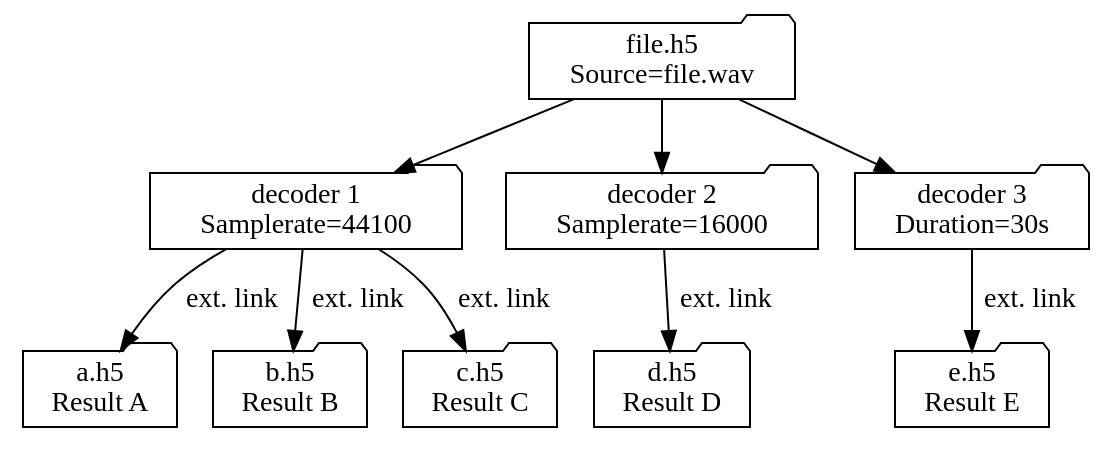
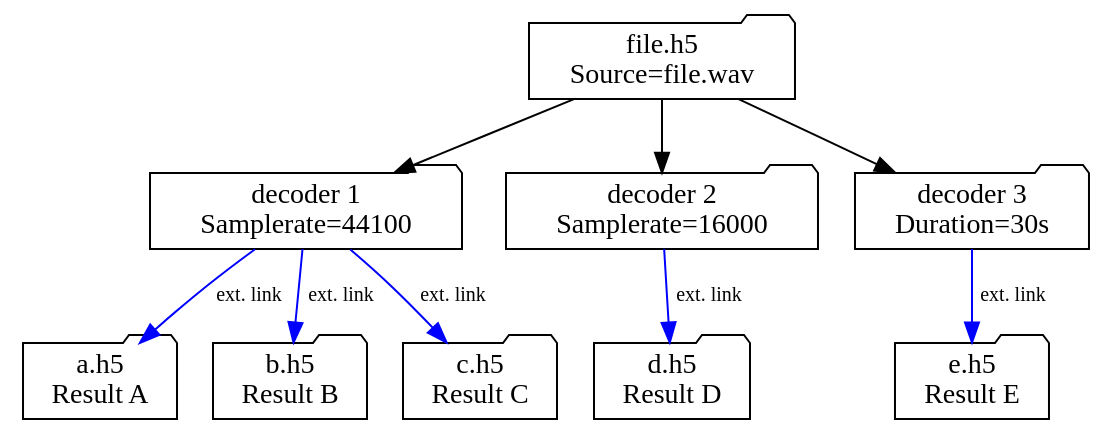
The diagram in doc/source/api/output.rst (Parisson/TimeSide), drawn with Graphviz before and after one commit. The commit also changed other lines of this file, not shown here.

Commit message:
doc(api/output.rst): minor update

```diff
--- a/doc/source/api/output.rst
+++ b/doc/source/api/output.rst
@@ -61,17 +62,17 @@
 .. digraph:: file_hierarchy
 
    file [label="file.h5\nSource=file.wav" shape=folder]
    file -> {dec1 dec2 dec3};
    dec1 [label="decoder 1\nSamplerate=44100" shape=folder];
    dec2 [label="decoder 2\nSamplerate=16000" shape=folder];
    dec3 [label="decoder 3\nDuration=30s" shape=folder];
    A [label="a.h5\nResult A" shape=folder];
    B [label="b.h5\nResult B" shape=folder];
    C [label="c.h5\nResult C" shape=folder];
    D [label="d.h5\nResult D" shape=folder];
    E [label="e.h5\nResult E" shape=folder];
-   dec1 -> A [label="ext. link"];
-   dec1 -> B [label="ext. link"];
-   dec1 -> C [label="ext. link"];
-   dec2 -> D [label="ext. link"];
-   dec3 -> E [label="ext. link"];
+   dec1 -> A [label="ext. link" color=blue fontsize=10];
+   dec1 -> B [label="ext. link" color=blue fontsize=10];
+   dec1 -> C [label="ext. link" color=blue fontsize=10];
+   dec2 -> D [label="ext. link" color=blue fontsize=10];
+   dec3 -> E [label="ext. link" color=blue fontsize=10];
```
